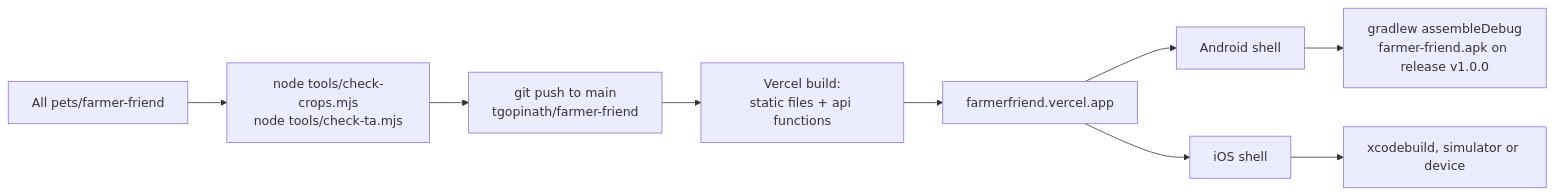
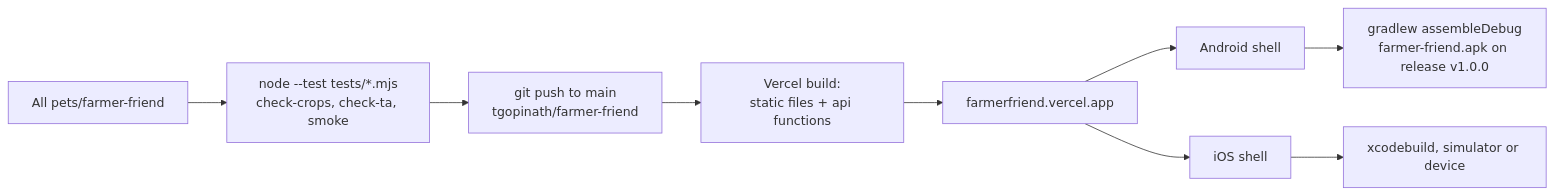
One commit to tgopinath/farmer-friend changed the seventh of 7 diagrams in ARCHITECTURE.md. Above: the diagram before and after it, drawn with Mermaid. The commit also changed other lines of this file and 5 other files, not shown here.

Commit message:
Combined app: architecture and README for the five sections, fresh portfolio shots

````diff
--- a/ARCHITECTURE.md
+++ b/ARCHITECTURE.md
@@ -217,11 +272,11 @@
 ```mermaid
 flowchart LR
-  Dev["All pets/farmer-friend"] --> Check["node tools/check-crops.mjs<br>node tools/check-ta.mjs"]
+  Dev["All pets/farmer-friend"] --> Check["node --test tests/*.mjs<br>check-crops, check-ta, smoke"]
   Check --> GH["git push to main<br>tgopinath/farmer-friend"]
   GH --> V["Vercel build:<br>static files + api functions"]
   V --> Live["farmerfriend.vercel.app"]
   Live --> AndS["Android shell"]
   Live --> IOSS["iOS shell"]
   AndS --> APK["gradlew assembleDebug<br>farmer-friend.apk on release v1.0.0"]
   IOSS --> X["xcodebuild, simulator or device"]
 ```
````
